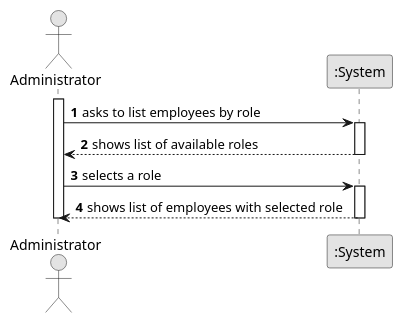
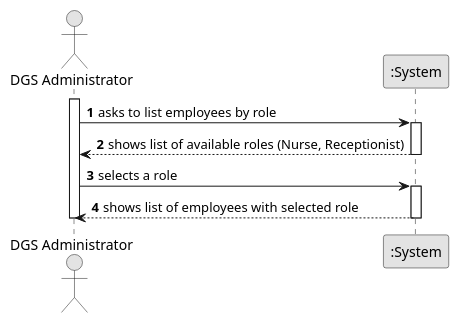
Before and after one commit to afonso51111/leti-esoft-25-26-A33: the diagram in project-template/docs/sprint2/US15/puml/US15-SSD.puml, drawn with PlantUML. The commit also changed 8 other files, not shown here.

```diff
--- a/project-template/docs/sprint2/US15/puml/US15-SSD.puml
+++ b/project-template/docs/sprint2/US15/puml/US15-SSD.puml
@@ -1,27 +1,27 @@
 @startuml US15_SSD
 skinparam monochrome true
 skinparam packageStyle rectangle
 skinparam shadowing false
 
 autonumber
 
-actor "Administrator" as Admin
+actor "DGS Administrator" as Admin
 participant ":System" as System
 
 activate Admin
 
     Admin -> System : asks to list employees by role
     activate System
 
-        System --> Admin : shows list of available roles
+        System --> Admin : shows list of available roles (Nurse, Receptionist)
     deactivate System
 
     Admin -> System : selects a role
     activate System
 
         System --> Admin : shows list of employees with selected role
     deactivate System
 
 deactivate Admin
 
 @enduml
```
